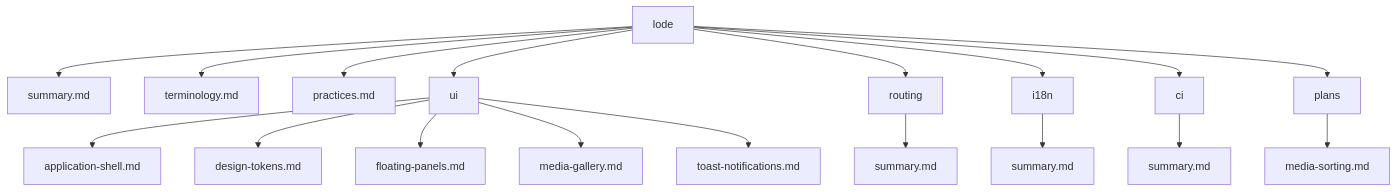
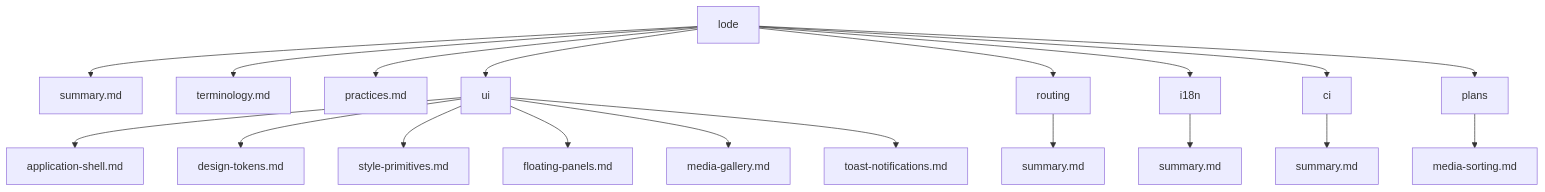
Before and after one commit to Zwezh/media-shelf: the diagram in lode/lode-map.md, drawn with Mermaid. The commit also changed other lines of this file and 23 other files, not shown here.

````diff
--- a/lode/lode-map.md
+++ b/lode/lode-map.md
@@ -23,20 +24,21 @@
 ```mermaid
 flowchart TD
   Root[lode] --> Summary[summary.md]
   Root --> Terms[terminology.md]
   Root --> Practices[practices.md]
   Root --> UI[ui]
   UI --> UIShell[application-shell.md]
   UI --> UITokens[design-tokens.md]
+  UI --> UIPrimitives[style-primitives.md]
   UI --> FloatingPanels[floating-panels.md]
   UI --> MediaGallery[media-gallery.md]
   UI --> Toasts[toast-notifications.md]
   Root --> Routing[routing]
   Routing --> RouteSummary[summary.md]
   Root --> I18n[i18n]
   I18n --> I18nSummary[summary.md]
   Root --> CI[ci]
   CI --> CISummary[summary.md]
   Root --> Plans[plans]
   Plans --> MediaSorting[media-sorting.md]
 ```
````
